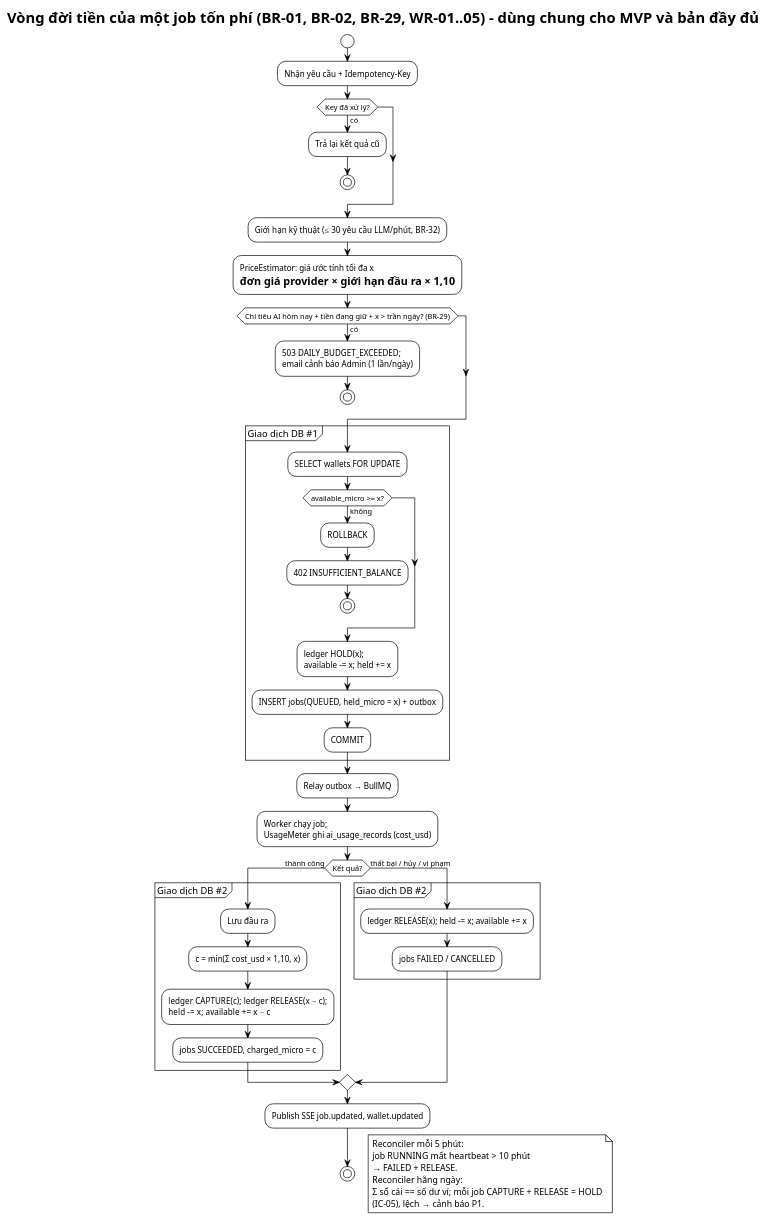
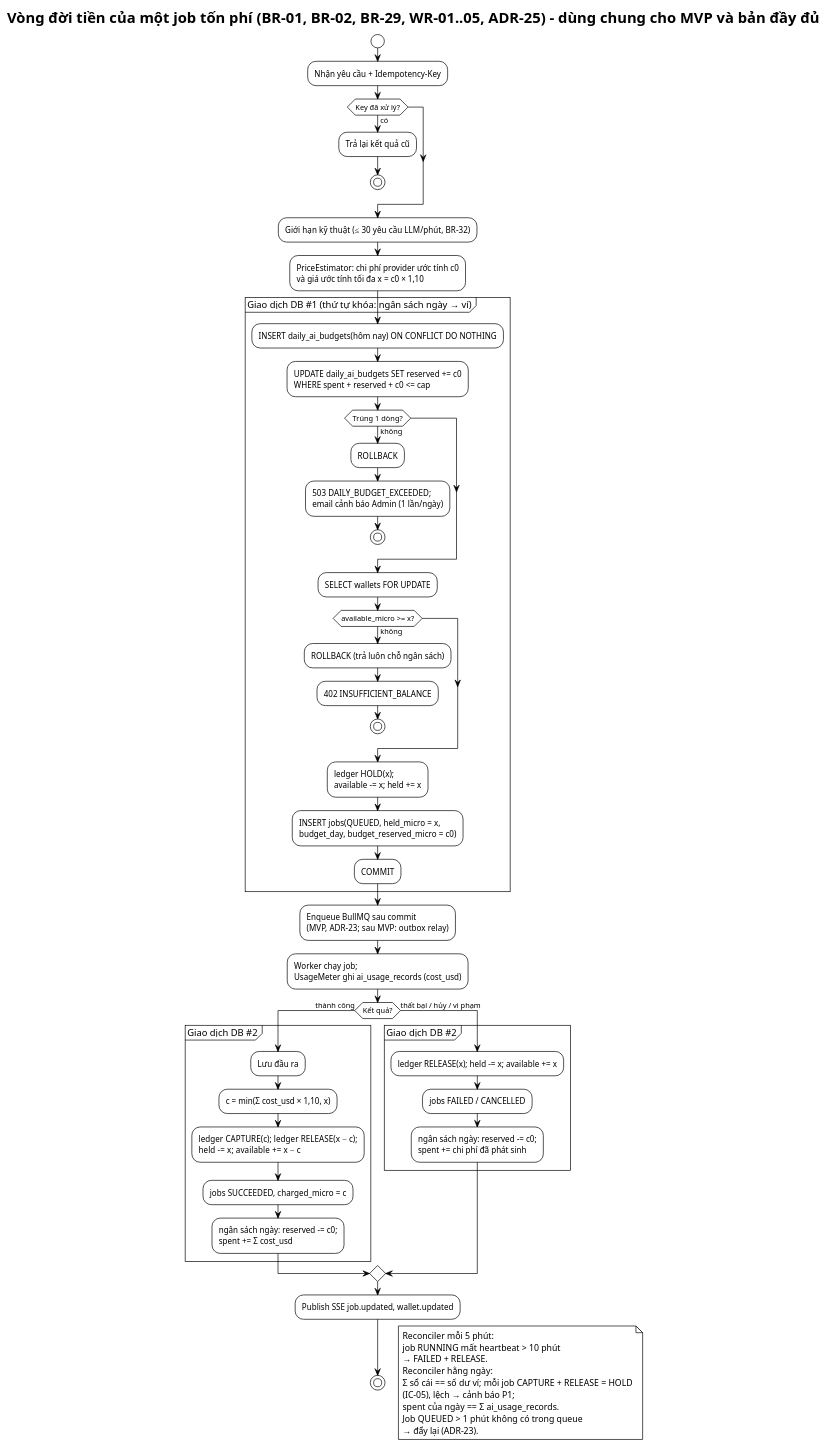
One commit to 202416852-anhpv/story2video-docs changed the diagram in demo-c2story/so-do/05-hoat-dong/act-giu-tru-tien.puml. Above: the diagram before and after it, drawn with PlantUML. The commit also changed 25 other files, not shown here.

First line of the commit message:
Dac ta ky thuat loi, ADR rut gon MVP va sua race condition tran chi tieu (1.14)

```diff
--- a/demo-c2story/so-do/05-hoat-dong/act-giu-tru-tien.puml
+++ b/demo-c2story/so-do/05-hoat-dong/act-giu-tru-tien.puml
@@ -1,55 +1,63 @@
 @startuml Act_GiuTruTien
 !theme plain
 skinparam defaultFontName "Segoe UI"
-title Vòng đời tiền của một job tốn phí (BR-01, BR-02, BR-29, WR-01..05) - dùng chung cho MVP và bản đầy đủ
+title Vòng đời tiền của một job tốn phí (BR-01, BR-02, BR-29, WR-01..05, ADR-25) - dùng chung cho MVP và bản đầy đủ
 
 start
 :Nhận yêu cầu + Idempotency-Key;
 if (Key đã xử lý?) then (có)
   :Trả lại kết quả cũ;
   stop
 endif
 :Giới hạn kỹ thuật (≤ 30 yêu cầu LLM/phút, BR-32);
-:PriceEstimator: giá ước tính tối đa x\n= đơn giá provider × giới hạn đầu ra × 1,10;
-if (Chi tiêu AI hôm nay + tiền đang giữ + x > trần ngày? (BR-29)) then (có)
-  :503 DAILY_BUDGET_EXCEEDED;\nemail cảnh báo Admin (1 lần/ngày);
-  stop
-endif
-partition "Giao dịch DB #1" {
+:PriceEstimator: chi phí provider ước tính c0\nvà giá ước tính tối đa x = c0 × 1,10;
+partition "Giao dịch DB #1 (thứ tự khóa: ngân sách ngày → ví)" {
+  :INSERT daily_ai_budgets(hôm nay) ON CONFLICT DO NOTHING;
+  :UPDATE daily_ai_budgets SET reserved += c0\nWHERE spent + reserved + c0 <= cap;
+  if (Trúng 1 dòng?) then (không)
+    :ROLLBACK;
+    :503 DAILY_BUDGET_EXCEEDED;\nemail cảnh báo Admin (1 lần/ngày);
+    stop
+  endif
   :SELECT wallets FOR UPDATE;
   if (available_micro >= x?) then (không)
-    :ROLLBACK;
+    :ROLLBACK (trả luôn chỗ ngân sách);
     :402 INSUFFICIENT_BALANCE;
     stop
   endif
   :ledger HOLD(x);\navailable -= x; held += x;
-  :INSERT jobs(QUEUED, held_micro = x) + outbox;
+  :INSERT jobs(QUEUED, held_micro = x,\nbudget_day, budget_reserved_micro = c0);
   :COMMIT;
 }
-:Relay outbox → BullMQ;
+:Enqueue BullMQ sau commit\n(MVP, ADR-23; sau MVP: outbox relay);
 :Worker chạy job;\nUsageMeter ghi ai_usage_records (cost_usd);
 if (Kết quả?) then (thành công)
   partition "Giao dịch DB #2" {
     :Lưu đầu ra;
     :c = min(Σ cost_usd × 1,10, x);
     :ledger CAPTURE(c); ledger RELEASE(x − c);\nheld -= x; available += x − c;
     :jobs SUCCEEDED, charged_micro = c;
+    :ngân sách ngày: reserved -= c0;\nspent += Σ cost_usd;
   }
 else (thất bại / hủy / vi phạm)
   partition "Giao dịch DB #2" {
     :ledger RELEASE(x); held -= x; available += x;
     :jobs FAILED / CANCELLED;
+    :ngân sách ngày: reserved -= c0;\nspent += chi phí đã phát sinh;
   }
 endif
 :Publish SSE job.updated, wallet.updated;
 stop
 
 floating note right
   Reconciler mỗi 5 phút:
   job RUNNING mất heartbeat > 10 phút
   → FAILED + RELEASE.
   Reconciler hằng ngày:
   Σ sổ cái == số dư ví; mỗi job CAPTURE + RELEASE = HOLD
-  (IC-05), lệch → cảnh báo P1.
+  (IC-05), lệch → cảnh báo P1;
+  spent của ngày == Σ ai_usage_records.
+  Job QUEUED > 1 phút không có trong queue
+  → đẩy lại (ADR-23).
 end note
 @enduml
```
